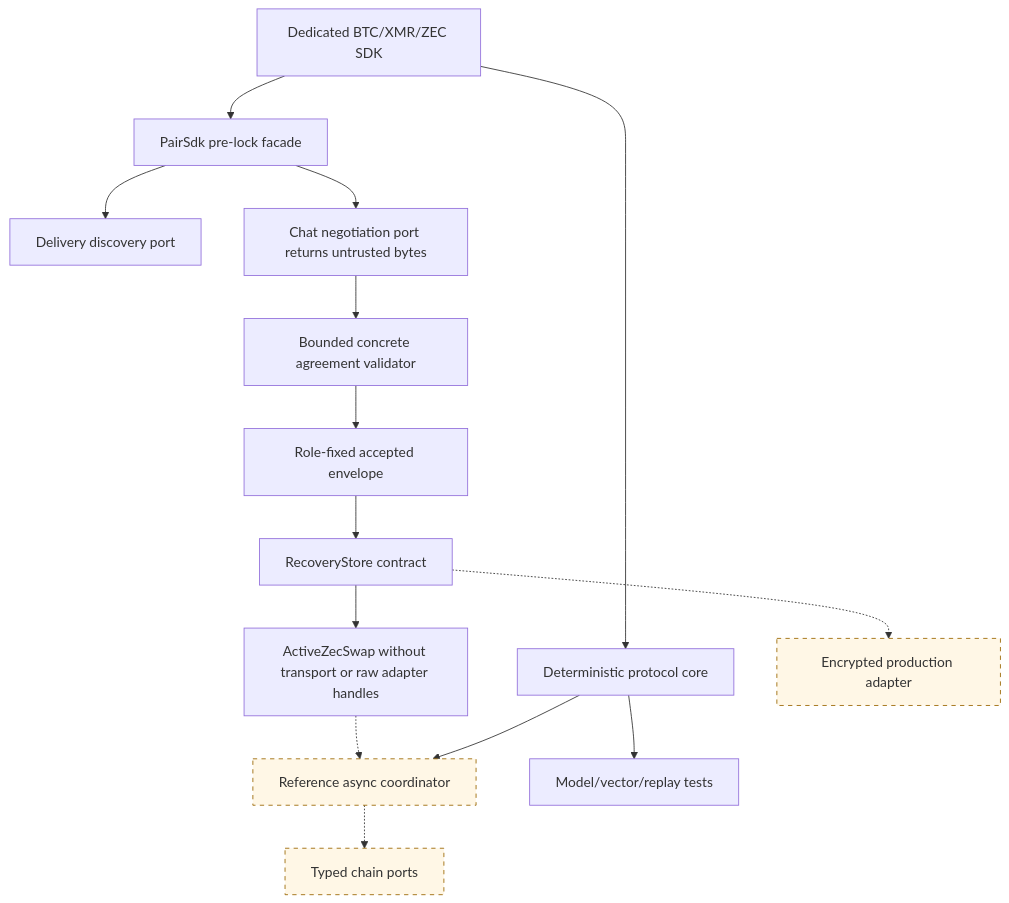
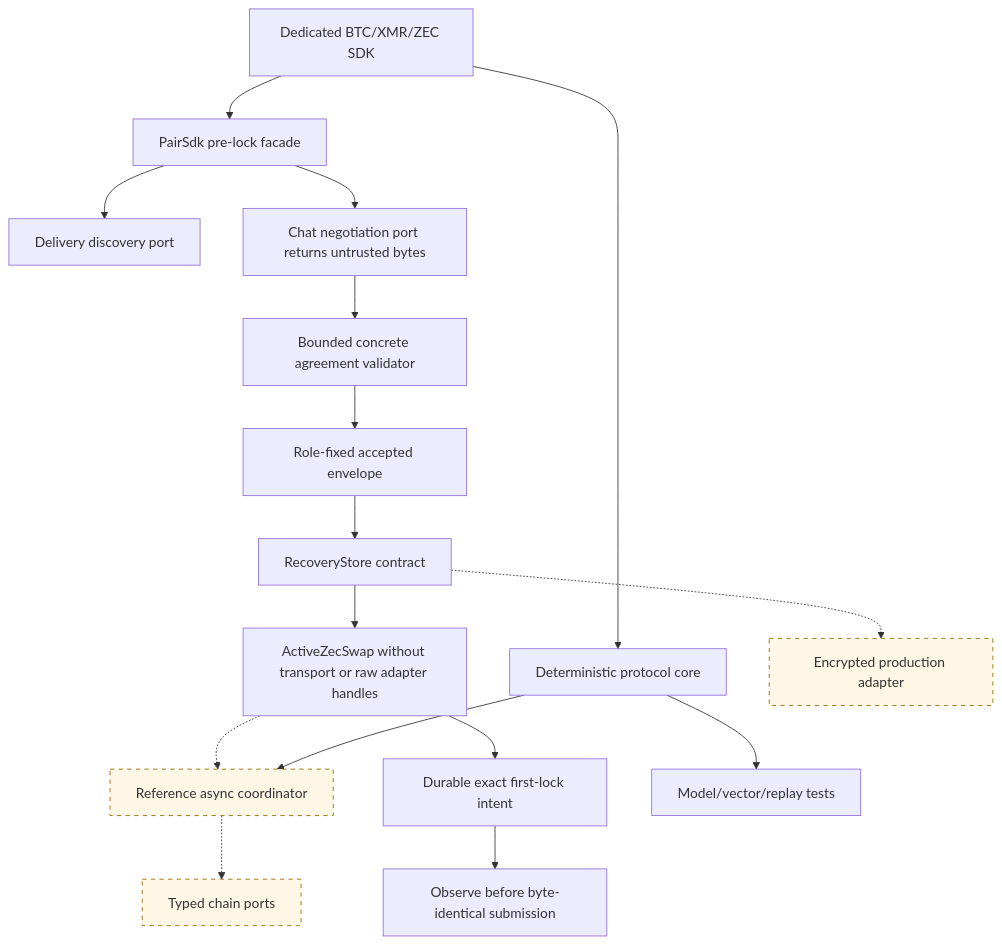
Before and after one commit to gateway-fm/lez-atomic-swaps: the diagram in docs/architecture/0013-sdk-layering.md, drawn with Mermaid. The commit also changed other lines of this file and 14 other files, not shown here.

````diff
--- a/docs/architecture/0013-sdk-layering.md
+++ b/docs/architecture/0013-sdk-layering.md
@@ -6,19 +6,21 @@
 ```mermaid
 flowchart TB
     Pair["Dedicated BTC/XMR/ZEC SDK"] --> Core["Deterministic protocol core"]
     Pair --> Facade["PairSdk pre-lock facade"]
     Facade --> Discovery["Delivery discovery port"]
     Facade --> Negotiation["Chat negotiation port returns untrusted bytes"]
     Negotiation --> Validator["Bounded concrete agreement validator"]
     Validator --> Accepted["Role-fixed accepted envelope"]
     Accepted --> Store["RecoveryStore contract"]
     Store --> Active["ActiveZecSwap without transport or raw adapter handles"]
+    Active --> Intent["Durable exact first-lock intent"]
+    Intent --> Observe["Observe before byte-identical submission"]
     Active -.-> Runtime["Reference async coordinator"]
     Runtime -.-> Nodes["Typed chain ports"]
     Store -.-> Encrypted["Encrypted production adapter"]
     Core --> Runtime
     Core --> Tests["Model/vector/replay tests"]
 
     classDef planned stroke-dasharray: 5 5,fill:#fff7e6,stroke:#9a6700;
     class Runtime,Nodes,Encrypted planned;
 ```
````
